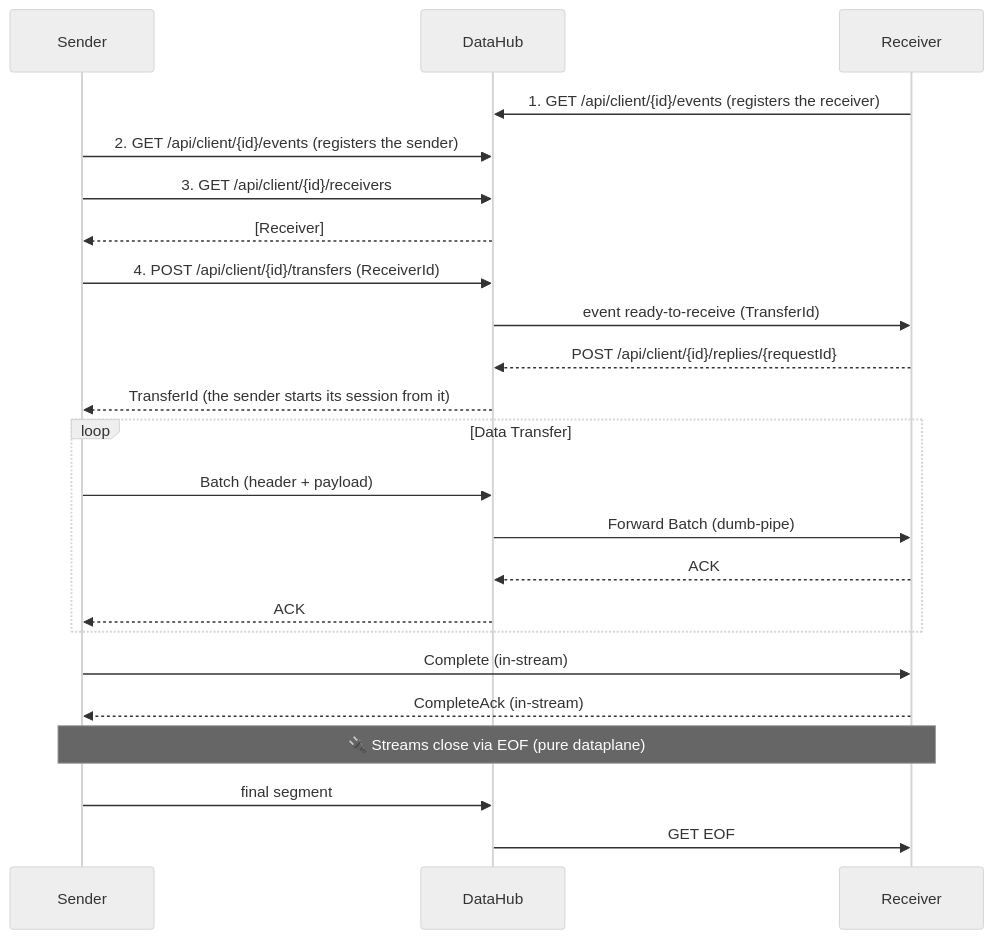
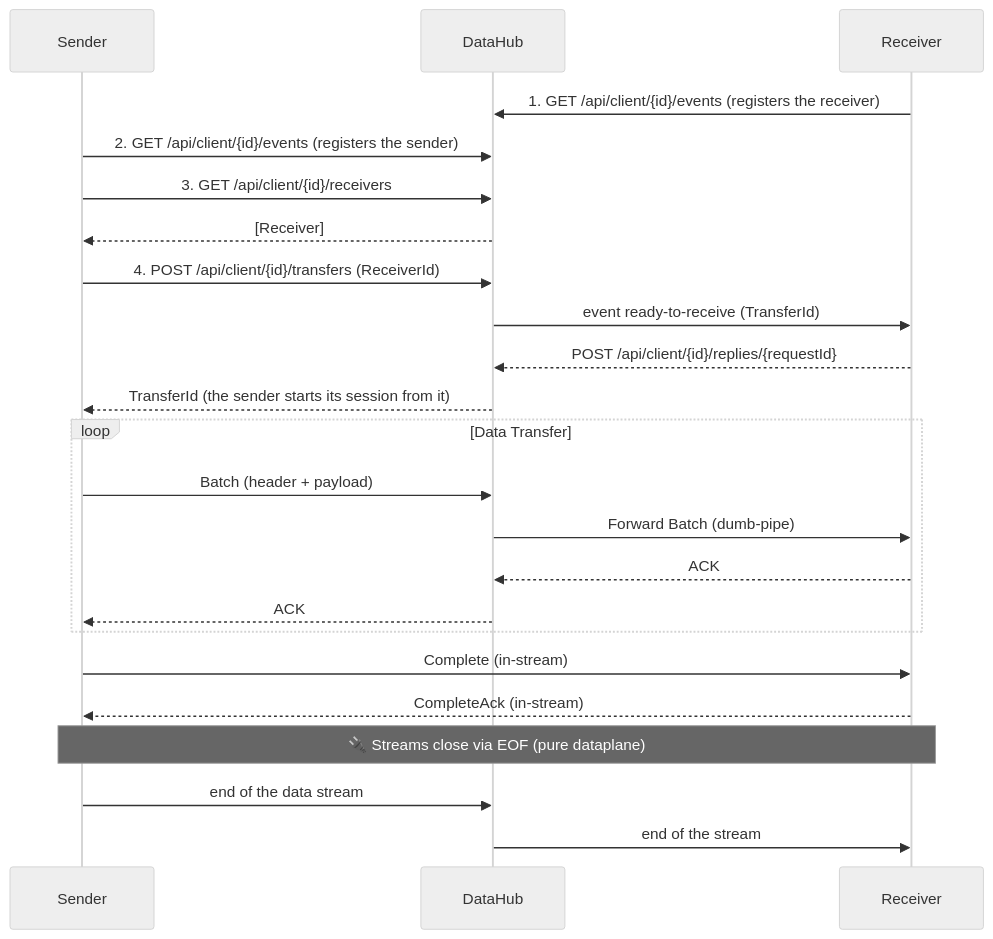
Before and after one commit to nicopon/transportr: the diagram in TransportRArchitecture.md, drawn with Mermaid (neutral theme). The commit also changed other lines of this file and 7 other files, not shown here.

````diff
--- a/TransportRArchitecture.md
+++ b/TransportRArchitecture.md
@@ -41,29 +41,29 @@
 ```mermaid
 sequenceDiagram
     participant S as Sender
     participant H as DataHub
     participant R as Receiver
 
     R->>H: 1. GET /api/client/{id}/events (registers the receiver)
     S->>H: 2. GET /api/client/{id}/events (registers the sender)
     S->>H: 3. GET /api/client/{id}/receivers
     H-->>S: [Receiver]
     S->>H: 4. POST /api/client/{id}/transfers (ReceiverId)
     H->>R: event ready-to-receive (TransferId)
     R-->>H: POST /api/client/{id}/replies/{requestId}
     H-->>S: TransferId (the sender starts its session from it)
     
     loop Data Transfer
         S->>H: Batch (header + payload)
         H->>R: Forward Batch (dumb-pipe)
         R-->>H: ACK
         H-->>S: ACK
     end
     
     S->>R: Complete (in-stream)
     R-->>S: CompleteAck (in-stream)
     
     Note over S,R: 🔌 Streams close via EOF (pure dataplane)
-    S->>H: final segment
-    H->>R: GET EOF
+    S->>H: end of the data stream
+    H->>R: end of the stream
 ```
````
